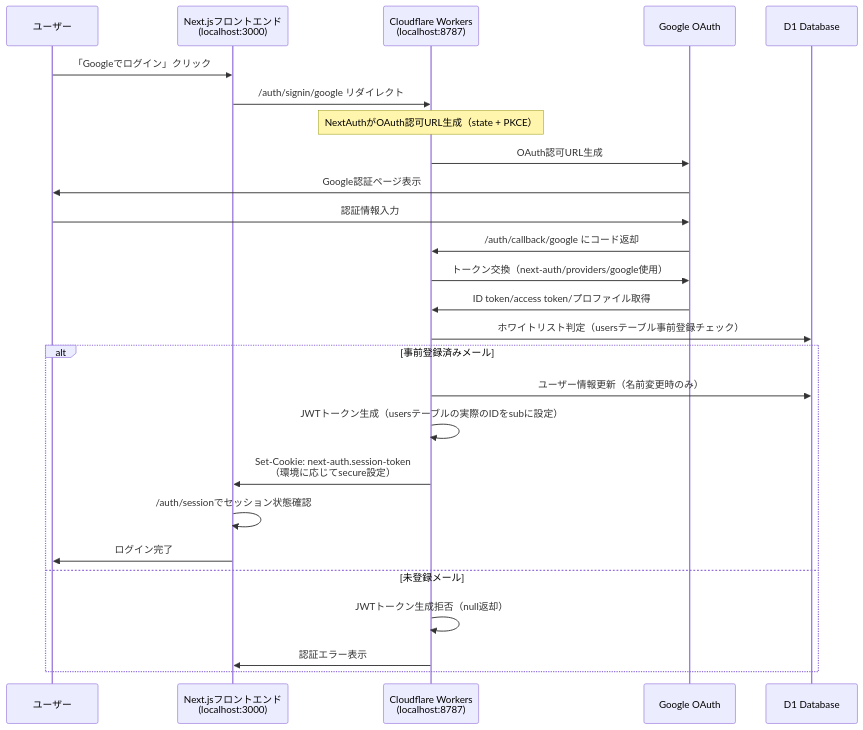
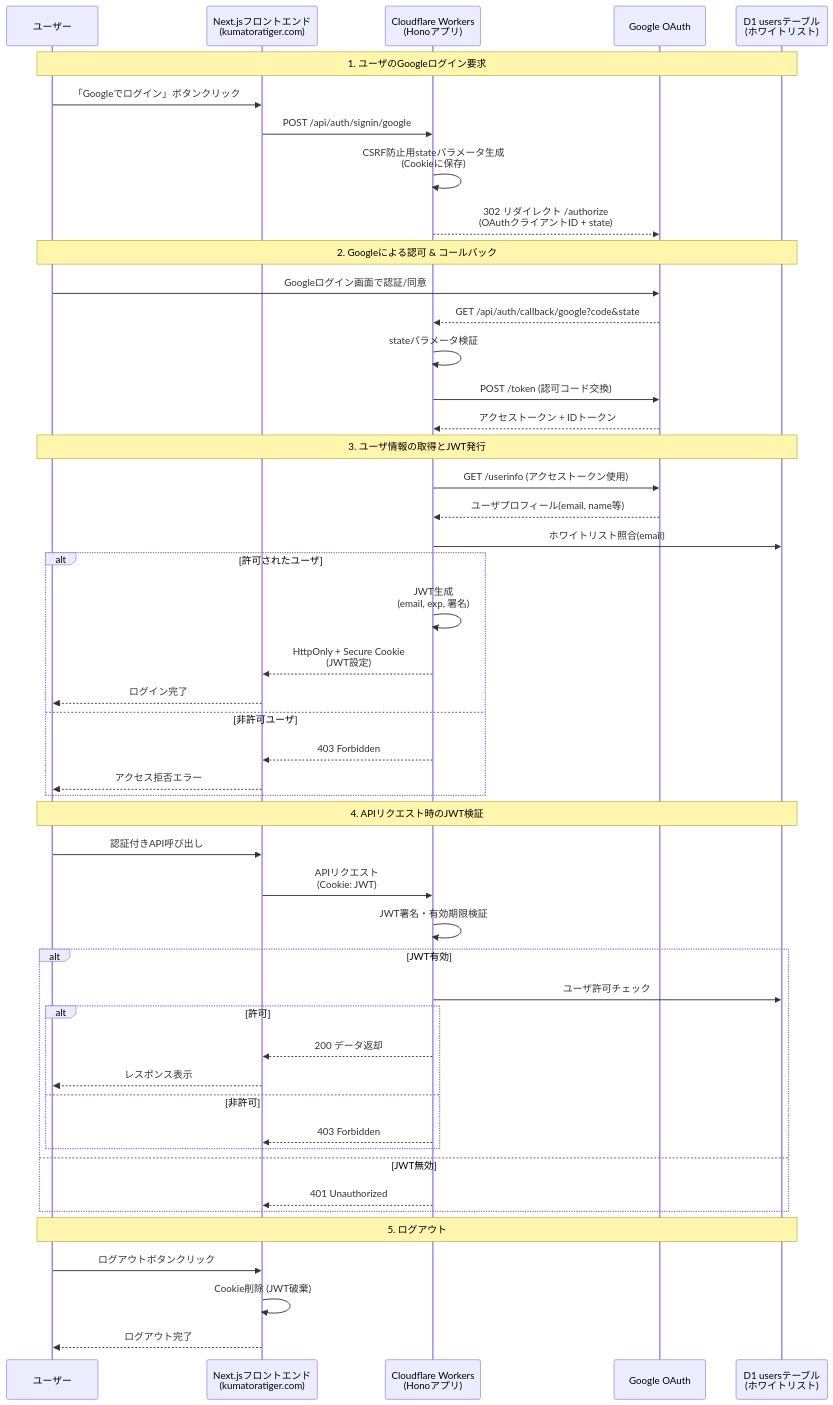
One commit to Toho-MLM/mlm-dx changed the first of 2 diagrams in README.md. Above: the diagram before and after it, drawn with Mermaid. The commit also changed other lines of this file and 25 other files, not shown here.

Commit message:
Refactor authentication to custom JWT and Google OAuth

````diff
--- a/README.md
+++ b/README.md
@@ -390,29 +348,55 @@
 ```mermaid
 sequenceDiagram
     participant U as ユーザー
-    participant F as Next.jsフロントエンド<br/>(localhost:3000)
-    participant W as Cloudflare Workers<br/>(localhost:8787)
+    participant F as Next.jsフロントエンド<br/>(kumatoratiger.com)
+    participant W as Cloudflare Workers<br/>(Honoアプリ)
     participant G as Google OAuth
-    participant D as D1 Database
+    participant D as D1 usersテーブル<br/>(ホワイトリスト)
 
-    U->>F: 「Googleでログイン」クリック
-    F->>W: /auth/signin/google リダイレクト
-    Note over W: NextAuthがOAuth認可URL生成（state + PKCE）
-    W->>G: OAuth認可URL生成
-    G->>U: Google認証ページ表示
-    U->>G: 認証情報入力
-    G->>W: /auth/callback/google にコード返却
-    W->>G: トークン交換（next-auth/providers/google使用）
-    G->>W: ID token/access token/プロファイル取得
-    W->>D: ホワイトリスト判定（usersテーブル事前登録チェック）
-    alt 事前登録済みメール
-        W->>D: ユーザー情報更新（名前変更時のみ）
-        W->>W: JWTトークン生成（usersテーブルの実際のIDをsubに設定）
-        W->>F: Set-Cookie: next-auth.session-token<br/>（環境に応じてsecure設定）
-        F->>F: /auth/sessionでセッション状態確認
-        F->>U: ログイン完了
-    else 未登録メール
-        W->>W: JWTトークン生成拒否（null返却）
-        W->>F: 認証エラー表示
+    Note over U,D: 1. ユーザのGoogleログイン要求
+    U->>F: 「Googleでログイン」ボタンクリック
+    F->>W: POST /api/auth/signin/google
+    W->>W: CSRF防止用stateパラメータ生成<br/>(Cookieに保存)
+    W-->>G: 302 リダイレクト /authorize<br/>(OAuthクライアントID + state)
+
+    Note over U,D: 2. Googleによる認可 & コールバック
+    U->>G: Googleログイン画面で認証/同意
+    G-->>W: GET /api/auth/callback/google?code&state
+    W->>W: stateパラメータ検証
+    W->>G: POST /token (認可コード交換)
+    G-->>W: アクセストークン + IDトークン
+
+    Note over U,D: 3. ユーザ情報の取得とJWT発行
+    W->>G: GET /userinfo (アクセストークン使用)
+    G-->>W: ユーザプロフィール(email, name等)
+    W->>D: ホワイトリスト照合(email)
+    alt 許可されたユーザ
+        W->>W: JWT生成<br/>(email, exp, 署名)
+        W-->>F: HttpOnly + Secure Cookie<br/>(JWT設定)
+        F-->>U: ログイン完了
+    else 非許可ユーザ
+        W-->>F: 403 Forbidden
+        F-->>U: アクセス拒否エラー
     end
+
+    Note over U,D: 4. APIリクエスト時のJWT検証
+    U->>F: 認証付きAPI呼び出し
+    F->>W: APIリクエスト<br/>(Cookie: JWT)
+    W->>W: JWT署名・有効期限検証
+    alt JWT有効
+        W->>D: ユーザ許可チェック
+        alt 許可
+            W-->>F: 200 データ返却
+            F-->>U: レスポンス表示
+        else 非許可
+            W-->>F: 403 Forbidden
+        end
+    else JWT無効
+        W-->>F: 401 Unauthorized
+    end
+
+    Note over U,D: 5. ログアウト
+    U->>F: ログアウトボタンクリック
+    F->>F: Cookie削除 (JWT破棄)
+    F-->>U: ログアウト完了
 ```
````
